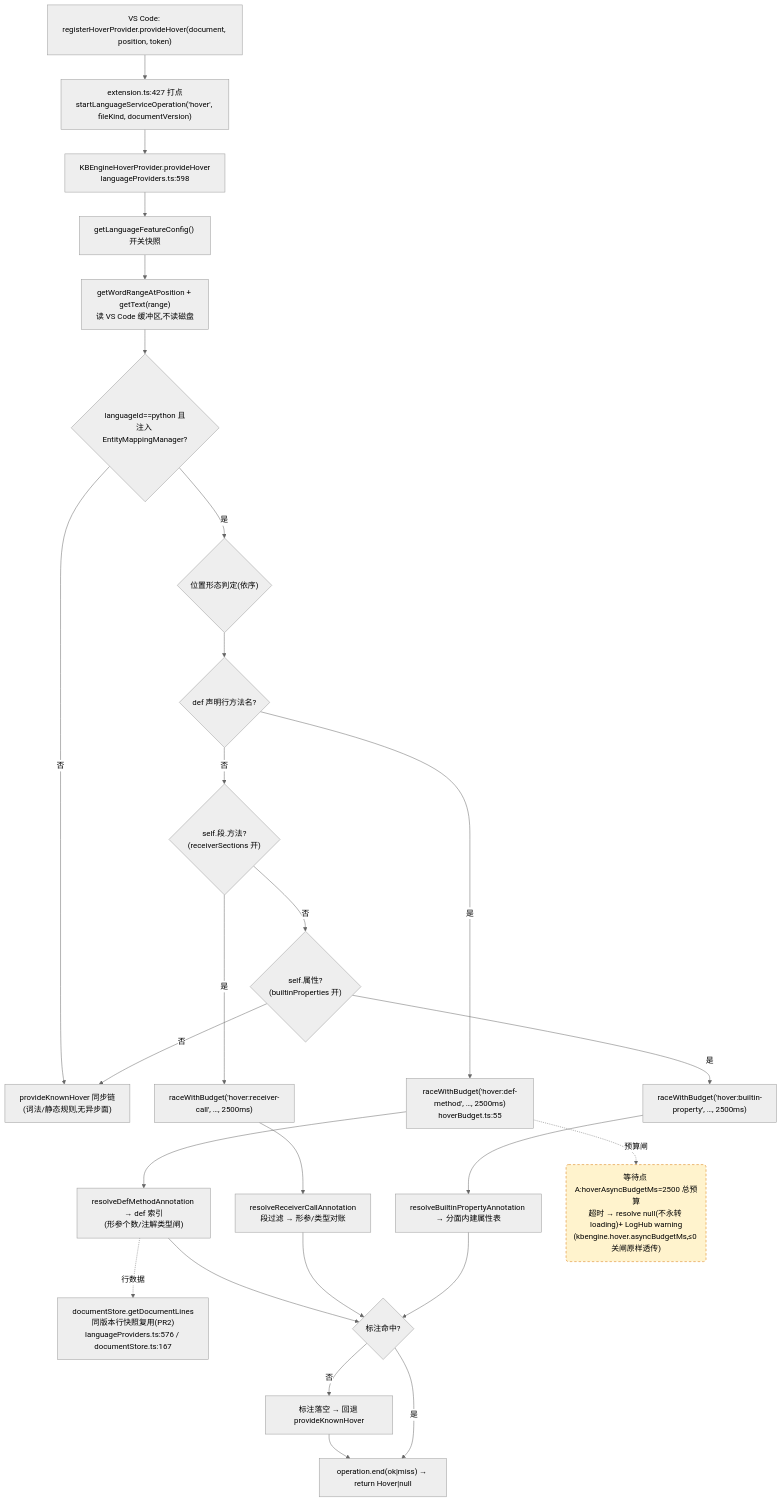
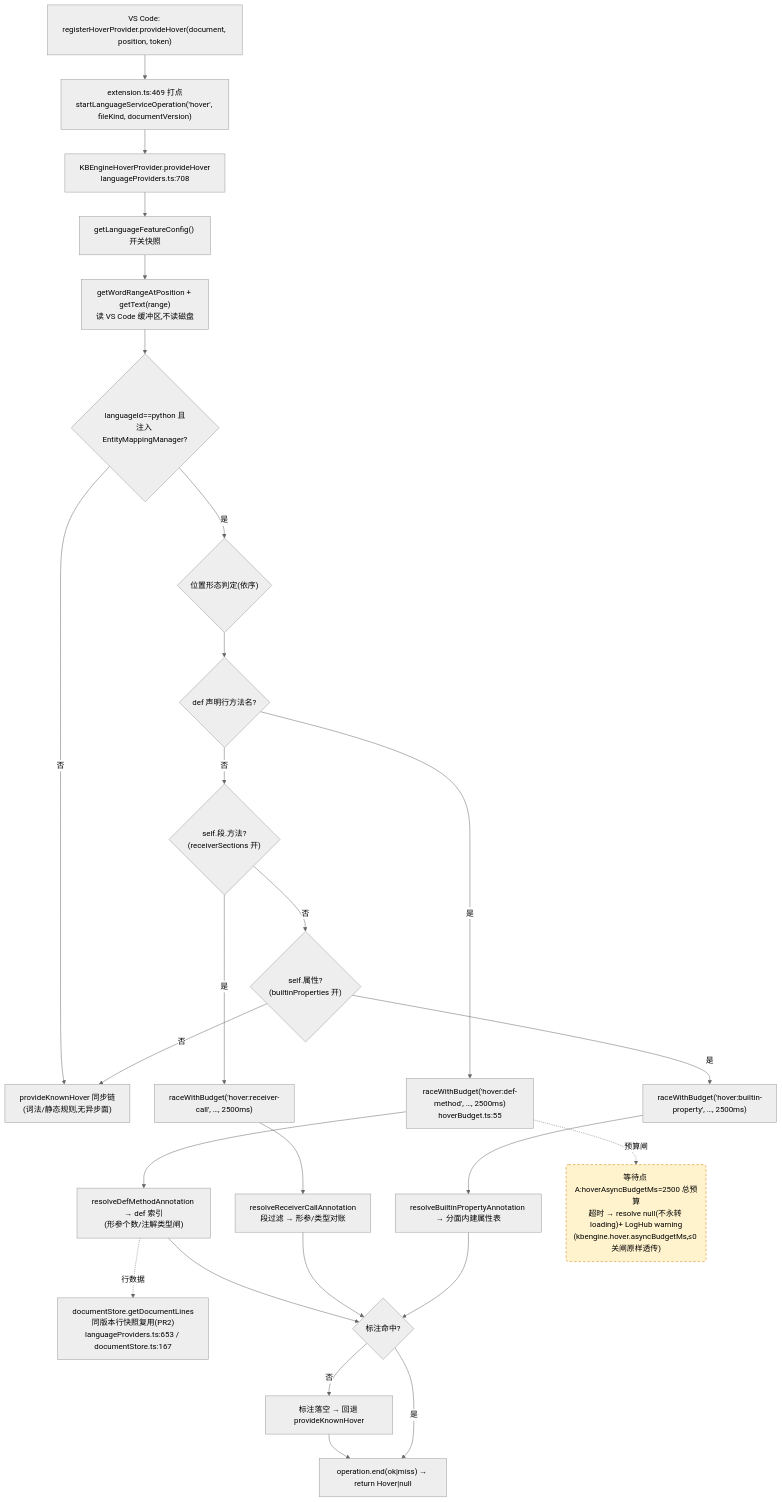
Before and after one commit to cuihairu/kode: the first of 4 diagrams in docs/perf/2026-baseline.md, drawn with Mermaid (neutral theme). The commit also changed other lines of this file and 2 other files, not shown here.

````diff
--- a/docs/perf/2026-baseline.md
+++ b/docs/perf/2026-baseline.md
@@ -80,45 +80,45 @@
 ```mermaid
 flowchart TD
   VC1["VS Code: registerHoverProvider.provideHover(document, position, token)"]
-  M1["extension.ts:427 打点<br/>startLanguageServiceOperation('hover', fileKind, documentVersion)"]
-  HP["KBEngineHoverProvider.provideHover<br/>languageProviders.ts:598"]
+  M1["extension.ts:469 打点<br/>startLanguageServiceOperation('hover', fileKind, documentVersion)"]
+  HP["KBEngineHoverProvider.provideHover<br/>languageProviders.ts:708"]
   CFG["getLanguageFeatureConfig() 开关快照"]
   WORD["getWordRangeAtPosition + getText(range)<br/>读 VS Code 缓冲区,不读磁盘"]
   BR{"languageId==python 且<br/>注入 EntityMappingManager?"}
   KN["provideKnownHover 同步链<br/>(词法/静态规则,无异步面)"]
   POS{"位置形态判定(依序)"}
   D1{"def 声明行方法名?"}
   D2{"self.段.方法?<br/>(receiverSections 开)"}
   D3{"self.属性?<br/>(builtinProperties 开)"}
   RA1["raceWithBudget('hover:def-method', …, 2500ms)<br/>hoverBudget.ts:55"]
   RA2["raceWithBudget('hover:receiver-call', …, 2500ms)"]
   RA3["raceWithBudget('hover:builtin-property', …, 2500ms)"]
   RS1["resolveDefMethodAnnotation → def 索引<br/>(形参个数/注解类型闸)"]
   RS2["resolveReceiverCallAnnotation<br/>段过滤 → 形参/类型对账"]
   RS3["resolveBuiltinPropertyAnnotation → 分面内建属性表"]
-  LINES["documentStore.getDocumentLines<br/>同版本行快照复用(PR2)<br/>languageProviders.ts:576 / documentStore.ts:167"]
+  LINES["documentStore.getDocumentLines<br/>同版本行快照复用(PR2)<br/>languageProviders.ts:653 / documentStore.ts:167"]
   MISS["标注落空 → 回退 provideKnownHover"]
   END1["operation.end(ok|miss) → return Hover|null"]
 
   VC1 --> M1 --> HP --> CFG --> WORD --> BR
   BR -- "否" --> KN
   BR -- "是" --> POS --> D1
   D1 -- "是" --> RA1 --> RS1
   D1 -- "否" --> D2
   D2 -- "是" --> RA2 --> RS2
   D2 -- "否" --> D3
   D3 -- "是" --> RA3 --> RS3
   D3 -- "否" --> KN
   RS1 --> HIT{"标注命中?"}
   RS2 --> HIT
   RS3 --> HIT
   RS1 -.->|行数据| LINES
   HIT -- "否" --> MISS --> END1
   HIT -- "是" --> END1
 
   WAITA("等待点 A:hoverAsyncBudgetMs=2500 总预算<br/>超时 → resolve null(不永转 loading)+ LogHub warning<br/>(kbengine.hover.asyncBudgetMs,≤0 关闸原样透传)")
   RA1 -.->|预算闸| WAITA
 
   classDef waitPoint fill:#fff3cd,stroke:#d97706,stroke-dasharray:5 4;
   class WAITA waitPoint;
 ```
````
